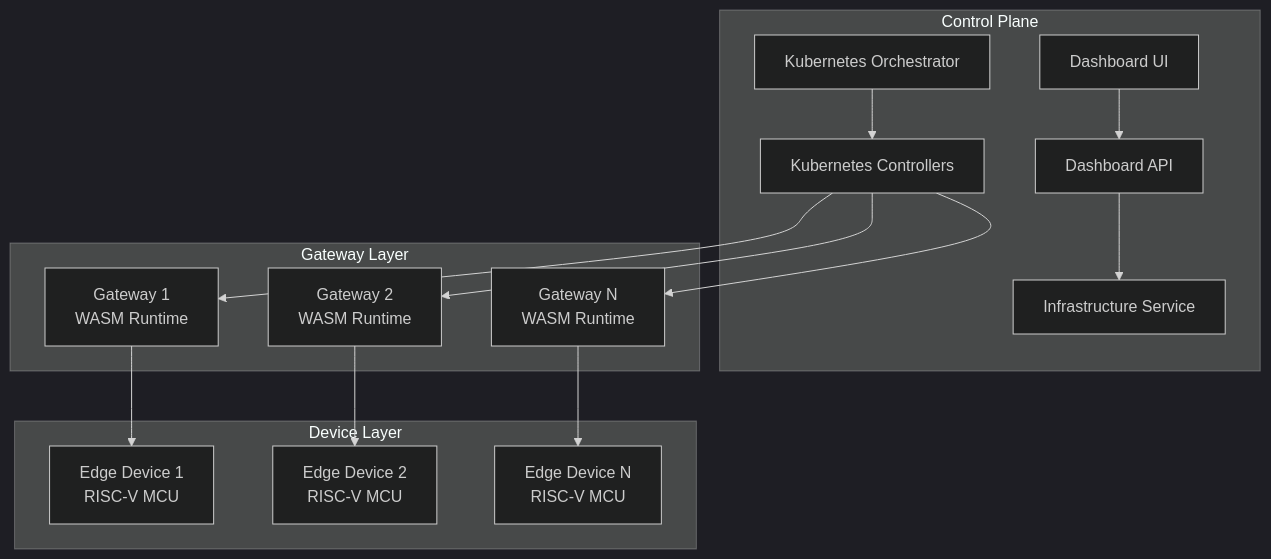
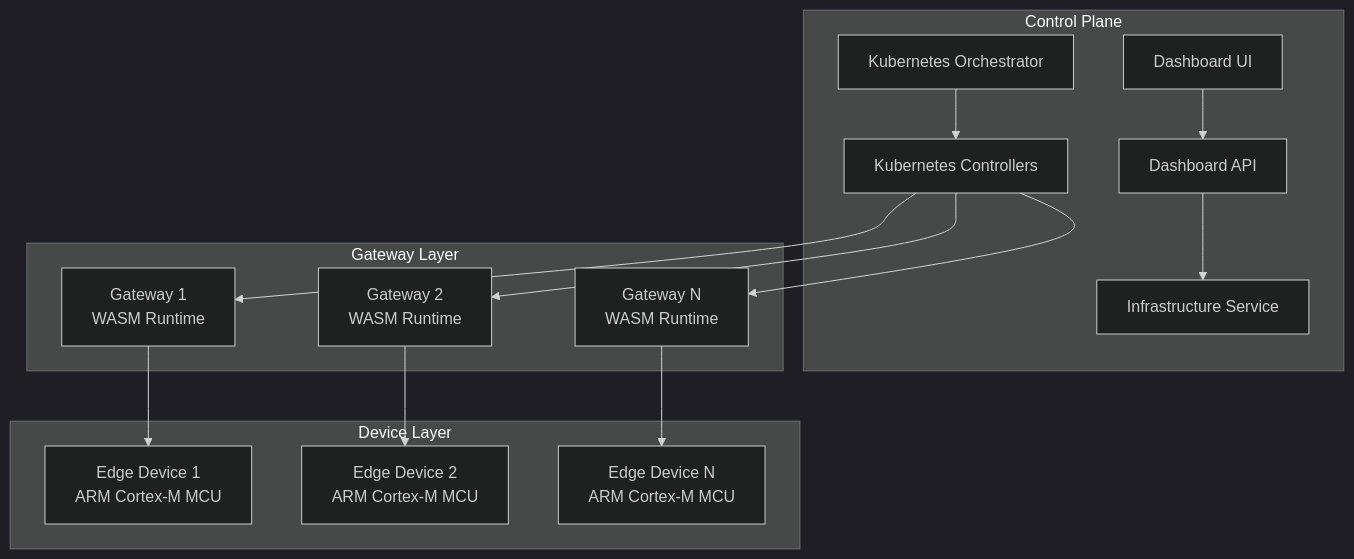
One commit to lucadagati/retrospect changed the first of 12 diagrams in retrospect/docs/README.md. Above: the diagram before and after it, drawn with Mermaid (dark theme). The commit also changed other lines of this file and 4 other files, not shown here.

````diff
--- a/retrospect/docs/README.md
+++ b/retrospect/docs/README.md
@@ -33,32 +38,32 @@
 ```mermaid
 graph TB
     subgraph "Control Plane"
         K8S[Kubernetes Orchestrator]
         DASH[Dashboard UI]
         API[Dashboard API]
         INFRA[Infrastructure Service]
         CTRL[Kubernetes Controllers]
     end
     
     subgraph "Gateway Layer"
         GW1[Gateway 1<br/>WASM Runtime]
         GW2[Gateway 2<br/>WASM Runtime]
         GW3[Gateway N<br/>WASM Runtime]
     end
     
     subgraph "Device Layer"
-        DEV1[Edge Device 1<br/>RISC-V MCU]
-        DEV2[Edge Device 2<br/>RISC-V MCU]
-        DEV3[Edge Device N<br/>RISC-V MCU]
+        DEV1[Edge Device 1<br/>ARM Cortex-M MCU]
+        DEV2[Edge Device 2<br/>ARM Cortex-M MCU]
+        DEV3[Edge Device N<br/>ARM Cortex-M MCU]
     end
     
     K8S --> CTRL
     DASH --> API
     API --> INFRA
     CTRL --> GW1
     CTRL --> GW2
     CTRL --> GW3
     GW1 --> DEV1
     GW2 --> DEV2
     GW3 --> DEV3
 ```
````
